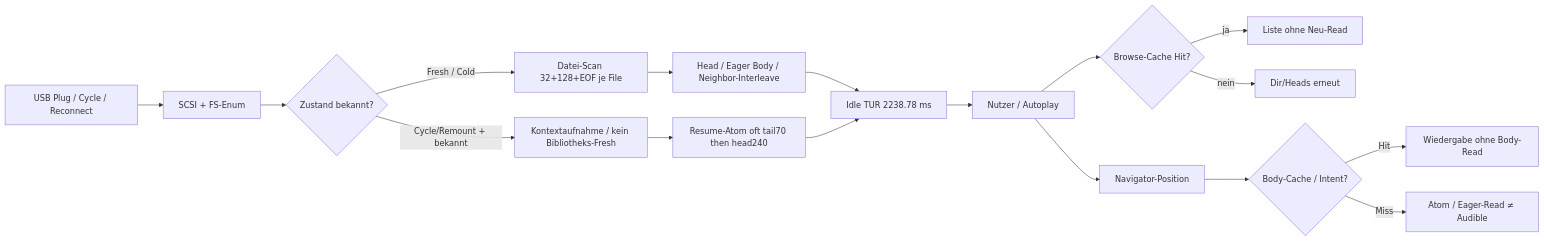
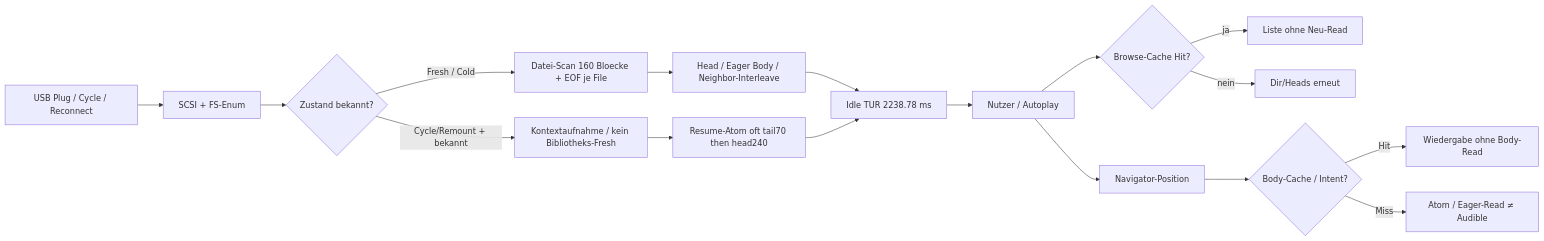
Before and after one commit to MPunktBPunkt/pidrive: the first of 2 diagrams in docs/fahrzeug/HU-Technical-Facts.md, drawn with Mermaid. The commit also changed other lines of this file and 2 other files, not shown here.

````diff
--- a/docs/fahrzeug/HU-Technical-Facts.md
+++ b/docs/fahrzeug/HU-Technical-Facts.md
@@ -28,19 +28,19 @@
 ```mermaid
 flowchart LR
   Plug["USB Plug / Cycle / Reconnect"] --> Enum["SCSI + FS-Enum"]
   Enum --> Path{Zustand bekannt?}
-  Path -->|Fresh / Cold| Scan["Datei-Scan 32+128+EOF je File"]
+  Path -->|Fresh / Cold| Scan["Datei-Scan 160 Bloecke + EOF je File"]
   Path -->|Cycle/Remount + bekannt| Res["Kontextaufnahme / kein Bibliotheks-Fresh"]
   Scan --> Modes["Head / Eager Body / Neighbor-Interleave"]
   Res --> Atom["Resume-Atom oft tail70 then head240"]
   Modes --> Wait["Idle TUR 2238.78 ms"]
   Atom --> Wait
   Wait --> Sel["Nutzer / Autoplay"]
   Sel --> Nav["Navigator-Position"]
   Sel --> Browse{"Browse-Cache Hit?"}
   Browse -->|ja| UI["Liste ohne Neu-Read"]
   Browse -->|nein| DirRead["Dir/Heads erneut"]
   Nav --> Play{"Body-Cache / Intent?"}
   Play -->|Hit| PlayCache["Wiedergabe ohne Body-Read"]
   Play -->|Miss| Eager["Atom / Eager-Read ≠ Audible"]
 ```
````
